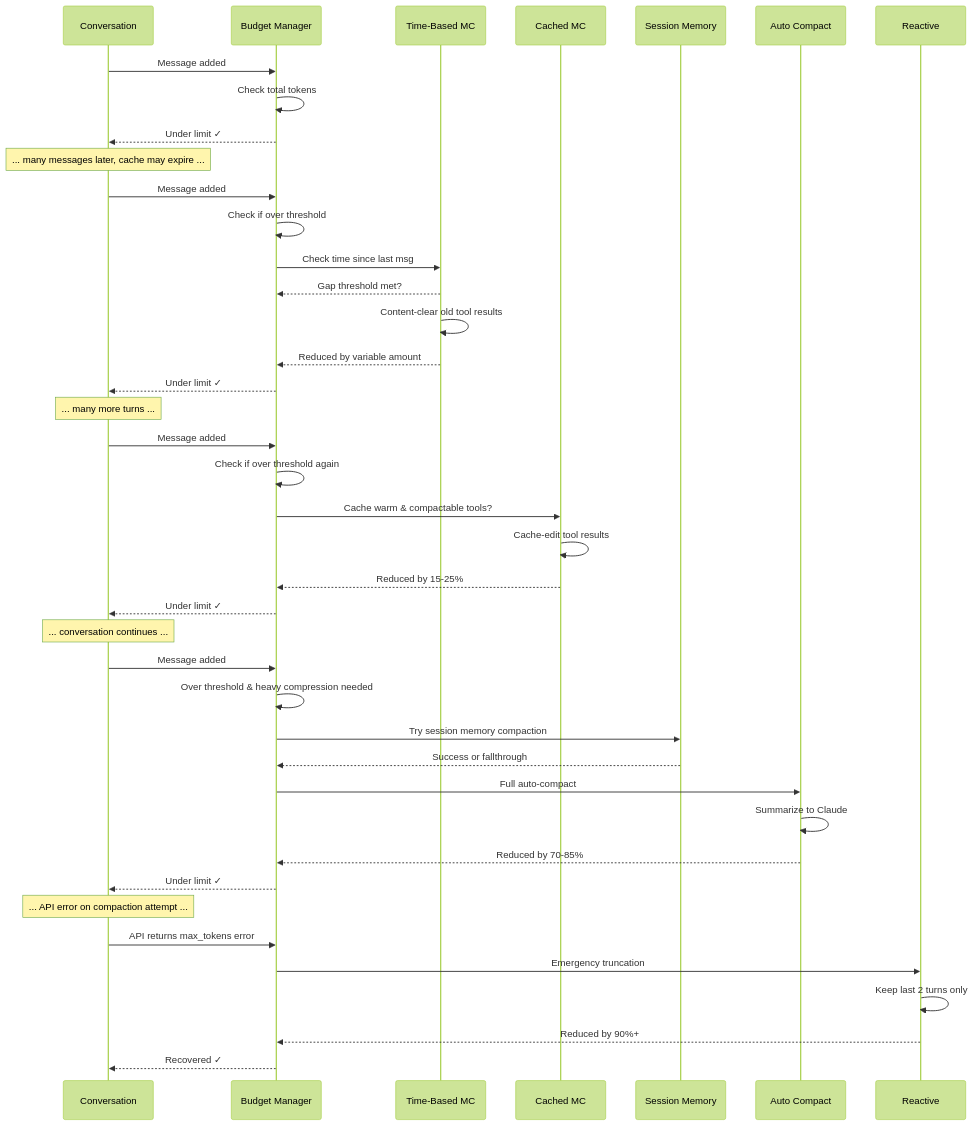
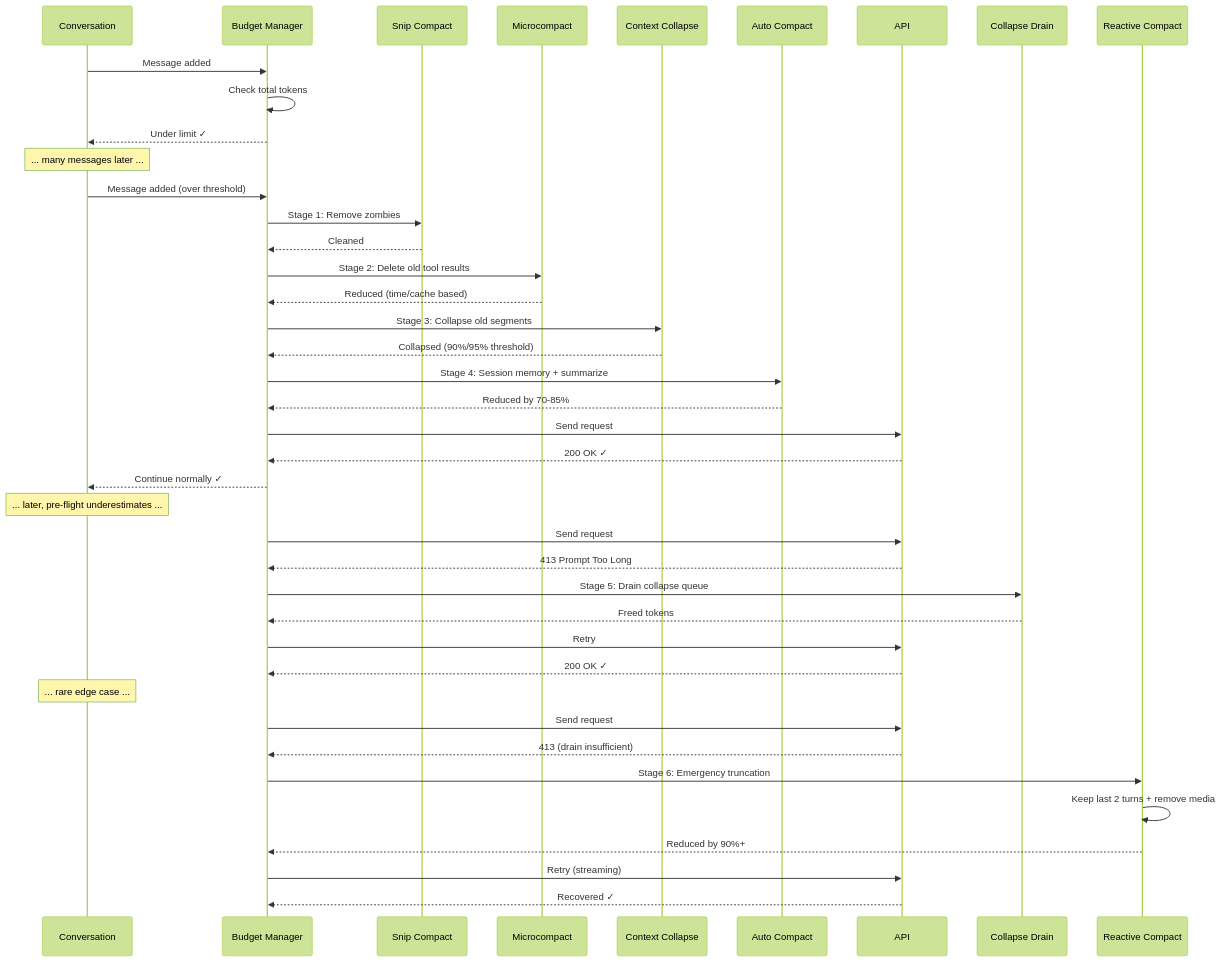
One commit to hi-space/claude-code-unpack-docs changed the third of 4 diagrams in docs/deep/ko/memory/context-budgeting.md. Above: the diagram before and after it, drawn with Mermaid (forest theme). The commit also changed other lines of this file and 51 other files, not shown here.

````diff
--- a/docs/deep/ko/memory/context-budgeting.md
+++ b/docs/deep/ko/memory/context-budgeting.md
@@ -179,52 +188,51 @@
 ```mermaid
 sequenceDiagram
     participant Conv as Conversation
     participant Budget as Budget Manager
-    participant TBM as Time-Based MC
-    participant CacheMC as Cached MC
-    participant SMC as Session Memory
+    participant Snip as Snip Compact
+    participant MC as Microcompact
+    participant CC as Context Collapse
     participant AutoC as Auto Compact
-    participant Reactive as Reactive
+    participant API as API
+    participant Drain as Collapse Drain
+    participant RC as Reactive Compact
 
     Conv->>Budget: Message added
     Budget->>Budget: Check total tokens
     Budget-->>Conv: Under limit ✓
 
-    Note over Conv: ... many messages later, cache may expire ...
+    Note over Conv: ... many messages later ...
 
-    Conv->>Budget: Message added
-    Budget->>Budget: Check if over threshold
-    Budget->>TBM: Check time since last msg
-    TBM-->>Budget: Gap threshold met?
-    TBM->>TBM: Content-clear old tool results
-    TBM-->>Budget: Reduced by variable amount
-    Budget-->>Conv: Under limit ✓
+    Conv->>Budget: Message added (over threshold)
+    Budget->>Snip: Stage 1: Remove zombies
+    Snip-->>Budget: Cleaned
+    Budget->>MC: Stage 2: Delete old tool results
+    MC-->>Budget: Reduced (time/cache based)
+    Budget->>CC: Stage 3: Collapse old segments
+    CC-->>Budget: Collapsed (90%/95% threshold)
+    Budget->>AutoC: Stage 4: Session memory + summarize
+    AutoC-->>Budget: Reduced by 70-85%
+    Budget->>API: Send request
 
-    Note over Conv: ... many more turns ...
+    API-->>Budget: 200 OK ✓
+    Budget-->>Conv: Continue normally ✓
 
-    Conv->>Budget: Message added
-    Budget->>Budget: Check if over threshold again
-    Budget->>CacheMC: Cache warm & compactable tools?
-    CacheMC->>CacheMC: Cache-edit tool results
-    CacheMC-->>Budget: Reduced by 15-25%
-    Budget-->>Conv: Under limit ✓
+    Note over Conv: ... later, pre-flight underestimates ...
 
-    Note over Conv: ... conversation continues ...
+    Budget->>API: Send request
+    API-->>Budget: 413 Prompt Too Long
+    Budget->>Drain: Stage 5: Drain collapse queue
+    Drain-->>Budget: Freed tokens
+    Budget->>API: Retry
+    API-->>Budget: 200 OK ✓
 
-    Conv->>Budget: Message added
-    Budget->>Budget: Over threshold & heavy compression needed
-    Budget->>SMC: Try session memory compaction
-    SMC-->>Budget: Success or fallthrough
-    Budget->>AutoC: Full auto-compact
-    AutoC->>AutoC: Summarize to Claude
-    AutoC-->>Budget: Reduced by 70-85%
-    Budget-->>Conv: Under limit ✓
+    Note over Conv: ... rare edge case ...
 
-    Note over Conv: ... API error on compaction attempt ...
-
-    Conv->>Budget: API returns max_tokens error
-    Budget->>Reactive: Emergency truncation
-    Reactive->>Reactive: Keep last 2 turns only
-    Reactive-->>Budget: Reduced by 90%+
-    Budget-->>Conv: Recovered ✓
+    Budget->>API: Send request
+    API-->>Budget: 413 (drain insufficient)
+    Budget->>RC: Stage 6: Emergency truncation
+    RC->>RC: Keep last 2 turns + remove media
+    RC-->>Budget: Reduced by 90%+
+    Budget->>API: Retry (streaming)
+    API-->>Budget: Recovered ✓
 ```
````
